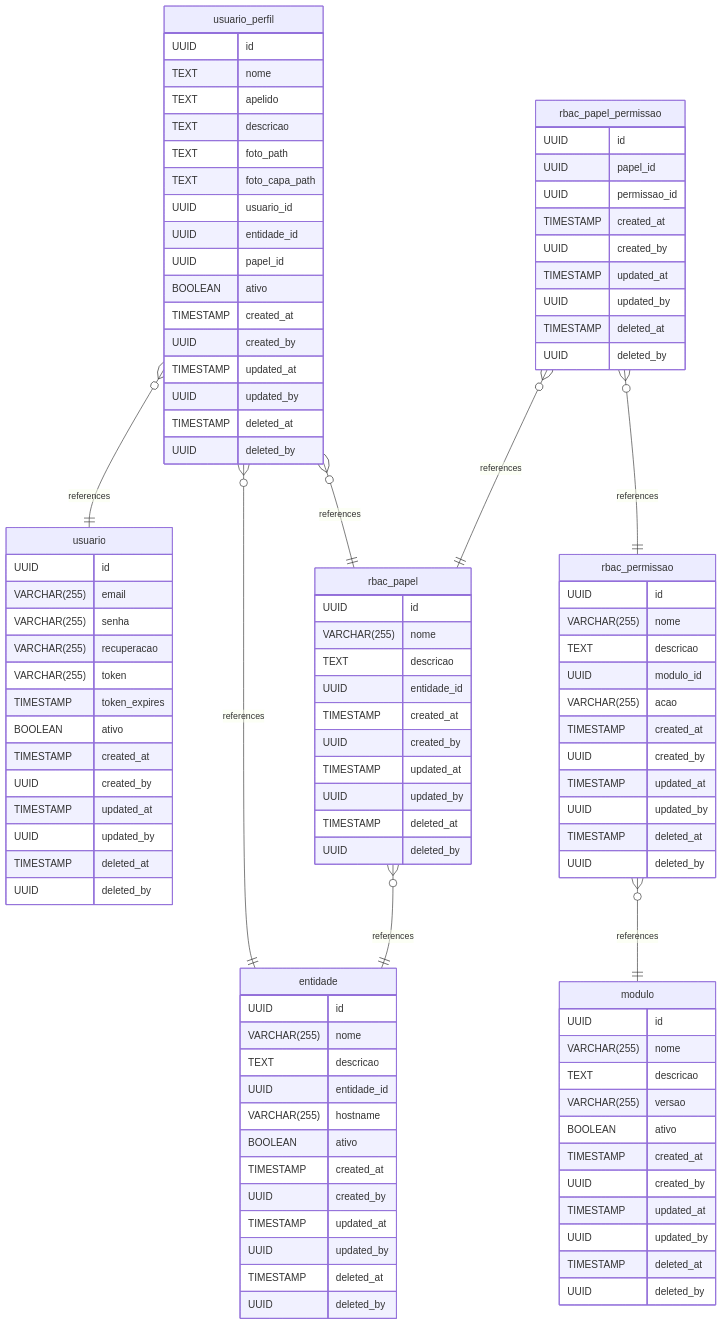
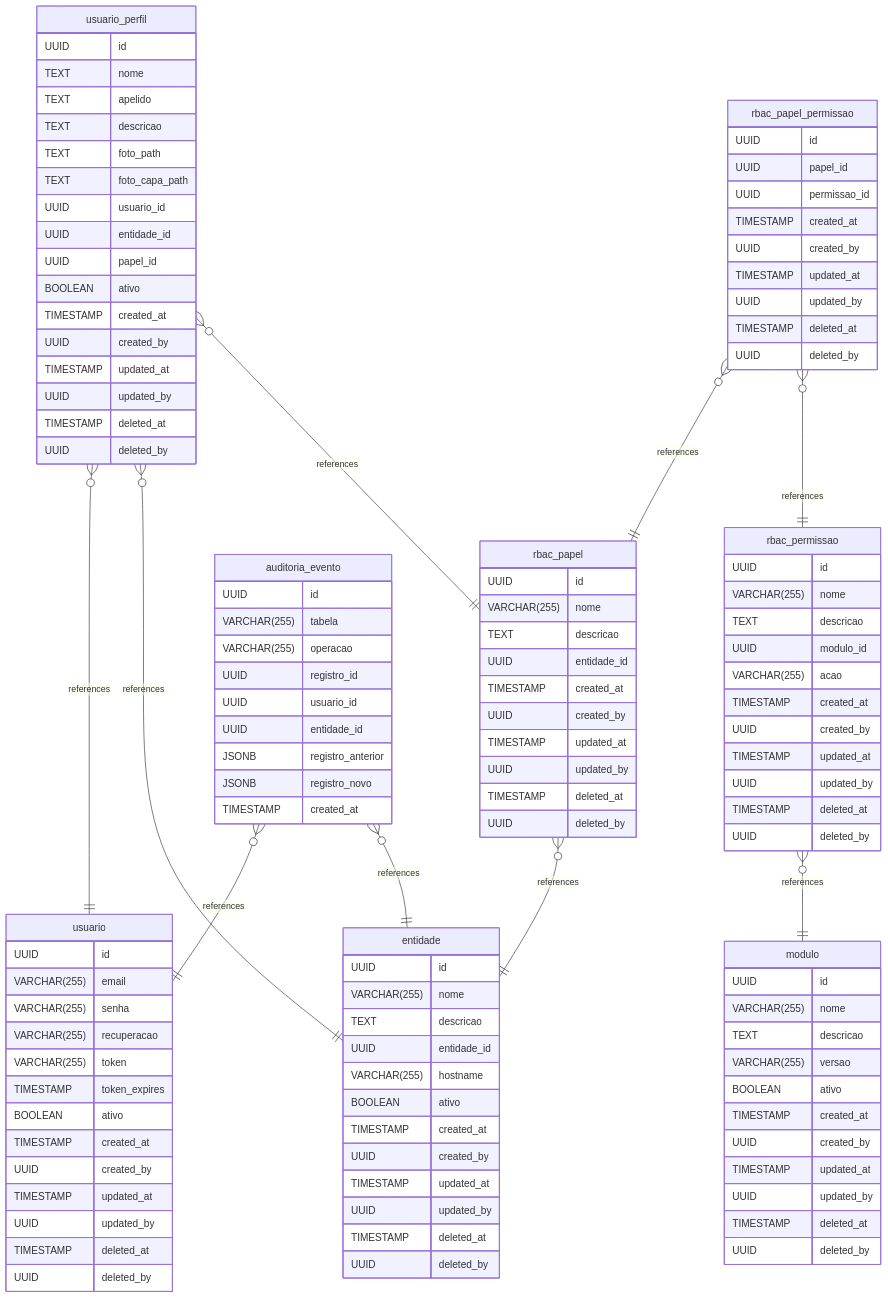
The diagram in README.md (kayquemelo/mt-reint), drawn with Mermaid before and after one commit. The commit also changed other lines of this file, not shown here.

````diff
--- a/README.md
+++ b/README.md
@@ -166,6 +184,8 @@
 	rbac_papel_permissao }o--|| rbac_permissao : references
 	rbac_permissao }o--|| modulo : references
 	rbac_papel }o--|| entidade : references
+	auditoria_evento }o--|| usuario : references
+	auditoria_evento }o--|| entidade : references
 
 	entidade {
 		UUID id
@@ -269,4 +289,16 @@
 		TIMESTAMP deleted_at
 		UUID deleted_by
 	}
+
+	auditoria_evento {
+		UUID id
+		VARCHAR(255) tabela
+		VARCHAR(255) operacao
+		UUID registro_id
+		UUID usuario_id
+		UUID entidade_id
+		JSONB registro_anterior
+		JSONB registro_novo
+		TIMESTAMP created_at
+	}
 ```
````
